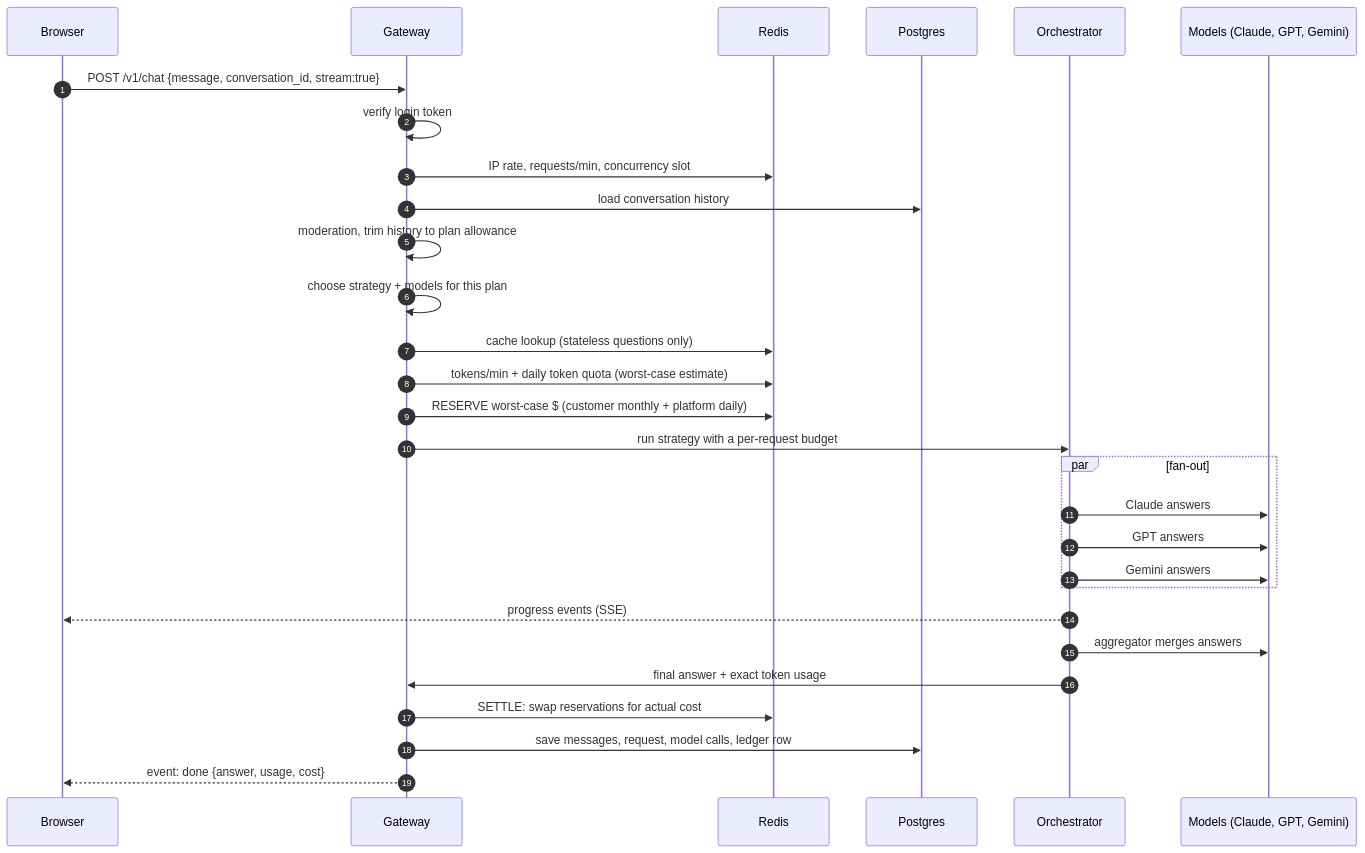
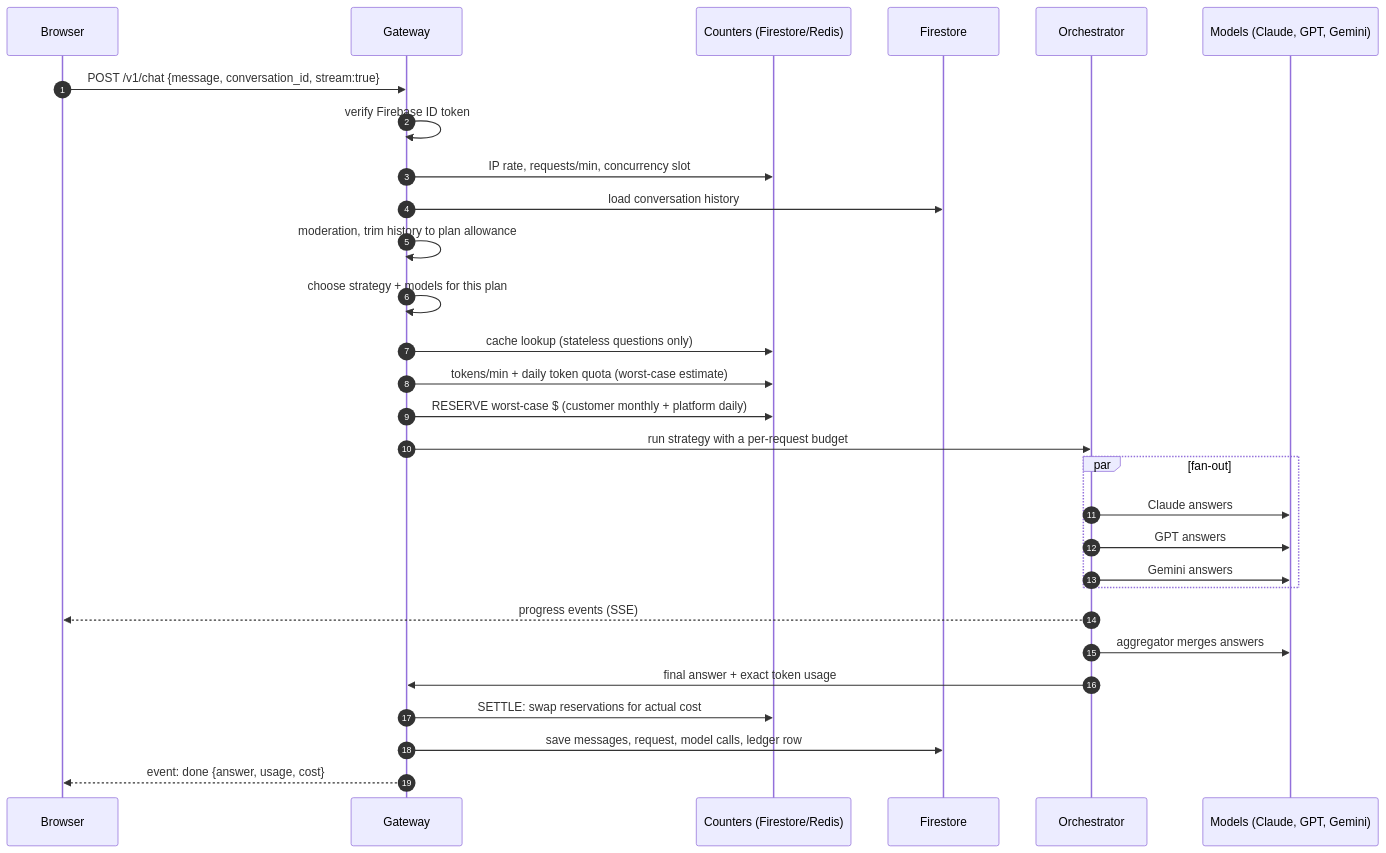
The second of 9 diagrams in docs/ARCHITECTURE.md (Dumpsterpog/multi-llm-architecture), drawn with Mermaid before and after one commit. The commit also changed other lines of this file and 26 other files, not shown here.

First line of the commit message:
Switch storage to Firebase: Firestore data, Firebase Auth logins

````diff
--- a/docs/ARCHITECTURE.md
+++ b/docs/ARCHITECTURE.md
@@ -120,32 +122,32 @@
 ```mermaid
 sequenceDiagram
   autonumber
   participant U as Browser
   participant G as Gateway
-  participant R as Redis
-  participant P as Postgres
+  participant R as Counters (Firestore/Redis)
+  participant P as Firestore
   participant O as Orchestrator
   participant M as Models (Claude, GPT, Gemini)
 
   U->>G: POST /v1/chat {message, conversation_id, stream:true}
-  G->>G: verify login token
+  G->>G: verify Firebase ID token
   G->>R: IP rate, requests/min, concurrency slot
   G->>P: load conversation history
   G->>G: moderation, trim history to plan allowance
   G->>G: choose strategy + models for this plan
   G->>R: cache lookup (stateless questions only)
   G->>R: tokens/min + daily token quota (worst-case estimate)
   G->>R: RESERVE worst-case $ (customer monthly + platform daily)
   G->>O: run strategy with a per-request budget
   par fan-out
     O->>M: Claude answers
     O->>M: GPT answers
     O->>M: Gemini answers
   end
   O-->>U: progress events (SSE)
   O->>M: aggregator merges answers
   O->>G: final answer + exact token usage
   G->>R: SETTLE: swap reservations for actual cost
   G->>P: save messages, request, model calls, ledger row
   G-->>U: event: done {answer, usage, cost}
 ```
````
